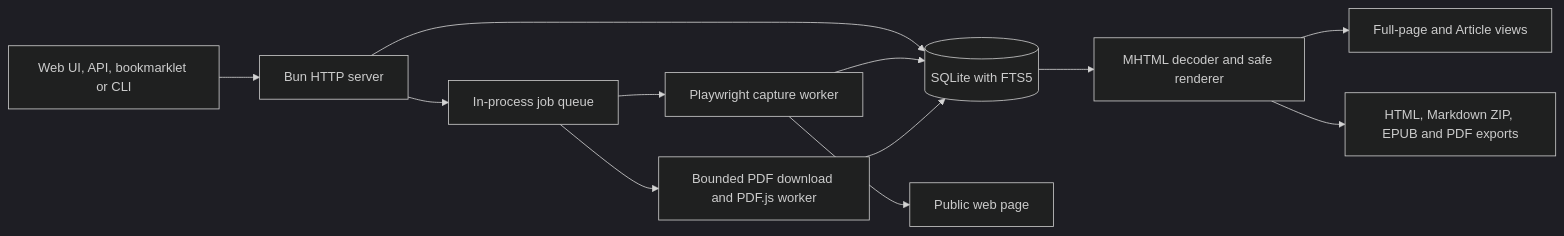
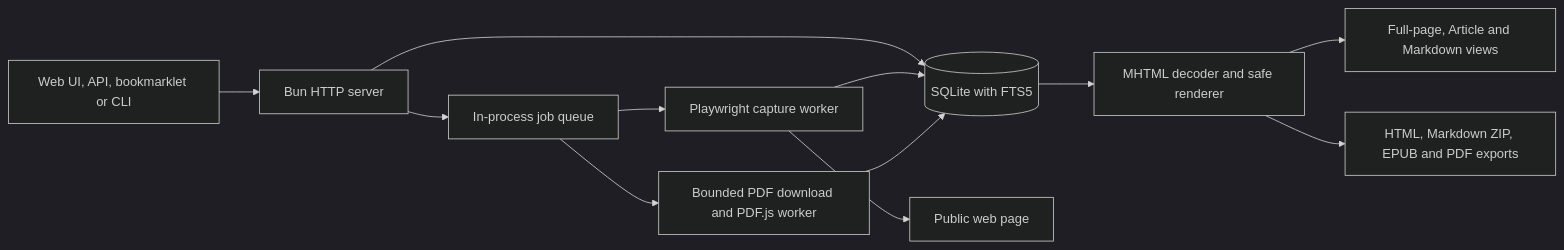
One commit to rcarmo/bun-packrat changed the first of 3 diagrams in docs/architecture.md. Above: the diagram before and after it, drawn with Mermaid (dark theme). The commit also changed other lines of this file and 10 other files, not shown here.

````diff
--- a/docs/architecture.md
+++ b/docs/architecture.md
@@ -7,14 +7,14 @@
 ```mermaid
 flowchart LR
     U[Web UI, API, bookmarklet or CLI] --> S[Bun HTTP server]
     S --> D[(SQLite with FTS5)]
     S --> Q[In-process job queue]
     Q --> P[Playwright capture worker]
     P --> W[Public web page]
     P --> D
     Q --> X[Bounded PDF download and PDF.js worker]
     X --> D
     D --> R[MHTML decoder and safe renderer]
-    R --> V[Full-page and Article views]
+    R --> V[Full-page, Article and Markdown views]
     R --> E[HTML, Markdown ZIP, EPUB and PDF exports]
 ```
````
